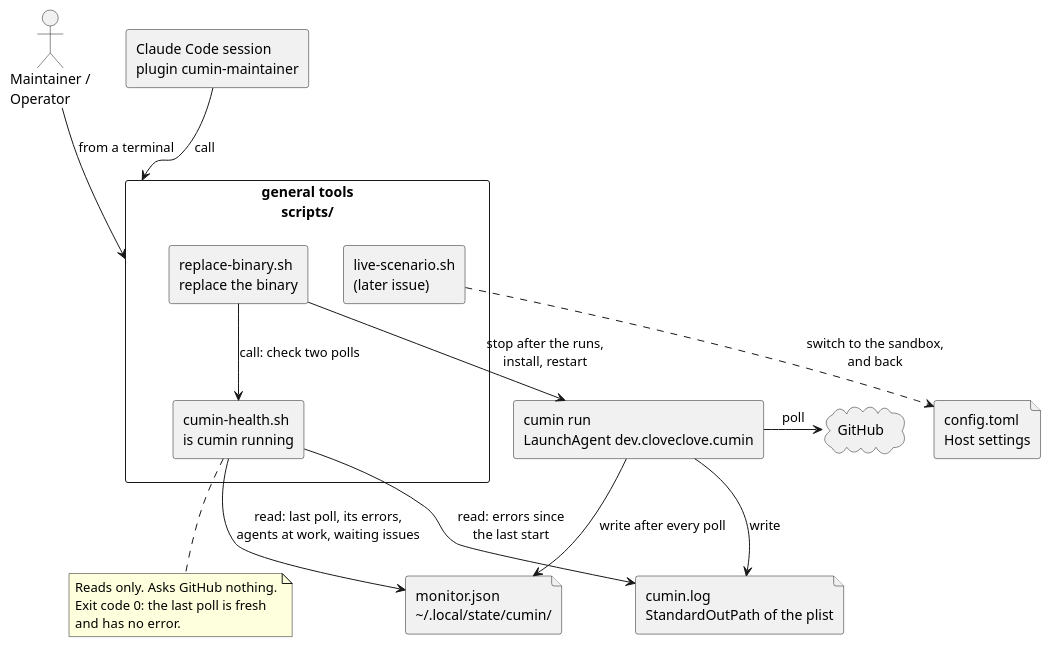
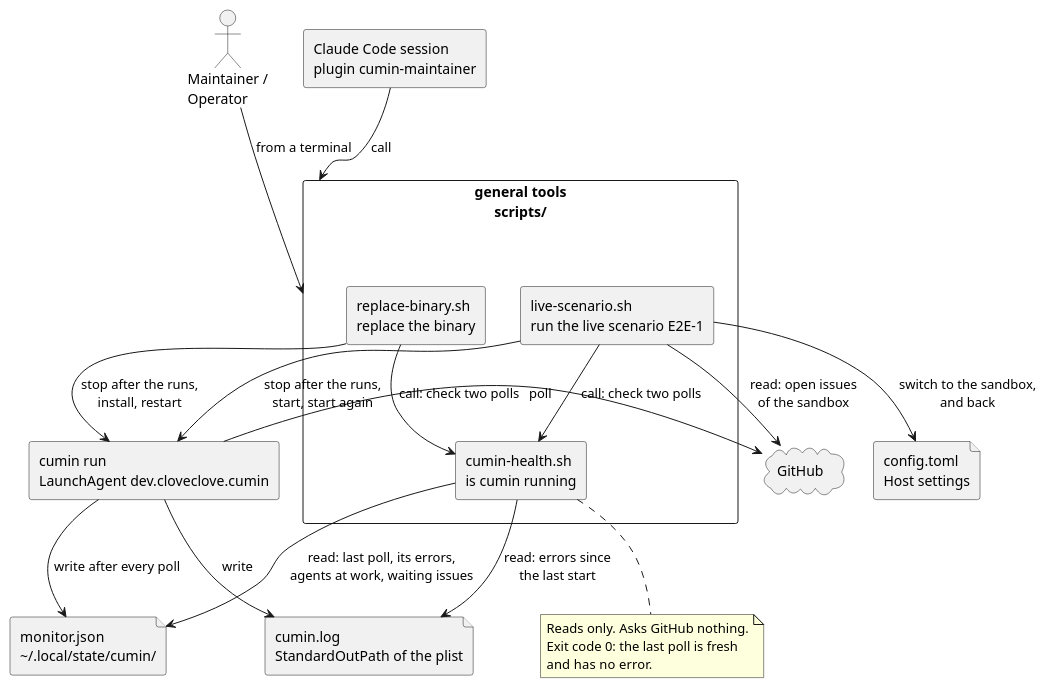
Before and after one commit to cloveclovedev/cumin-works: the diagram in docs/ja/guides/host-tools.puml, drawn with PlantUML. The commit also changed 8 other files, not shown here.

First line of the commit message:
feat(scripts): add the tool that runs the live scenario E2E-1 (#723)

```diff
--- a/docs/ja/guides/host-tools.puml
+++ b/docs/ja/guides/host-tools.puml
@@ -1,41 +1,44 @@
 @startuml host-tools
 ' cumin works - the general tools of the Host: who calls them, and what each one reads or changes.
 ' Document: host-tools.md, topic on what the general tools are.
 ' Render: run scripts/render-diagrams.sh at the root of the repository.
 skinparam shadowing false
 skinparam defaultFontName sans-serif
 
 actor "Maintainer /\nOperator" as person
 rectangle "Claude Code session\nplugin cumin-maintainer" as session
 
 rectangle "general tools\nscripts/" as tools {
   rectangle "cumin-health.sh\nis cumin running" as health
   rectangle "replace-binary.sh\nreplace the binary" as replace
-  rectangle "live-scenario.sh\n(later issue)" as live
+  rectangle "live-scenario.sh\nrun the live scenario E2E-1" as live
 }
 
 rectangle "cumin run\nLaunchAgent dev.cloveclove.cumin" as run
 file "monitor.json\n&#126;/.local/state/cumin/" as monitor
 file "cumin.log\nStandardOutPath of the plist" as log
 file "config.toml\nHost settings" as settings
 cloud "GitHub" as github
 
 person --> tools : from a terminal
 session --> tools : call
 
 run --> monitor : write after every poll
 run --> log : write
 run -right-> github : poll
 
 health --> monitor : read: last poll, its errors,\nagents at work, waiting issues
 health --> log : read: errors since\nthe last start
 replace --> run : stop after the runs,\ninstall, restart
 replace --> health : call: check two polls
-live ..> settings : switch to the sandbox,\nand back
+live --> run : stop after the runs,\nstart, start again
+live --> settings : switch to the sandbox,\nand back
+live --> health : call: check two polls
+live --> github : read: open issues\nof the sandbox
 
 note bottom of health
   Reads only. Asks GitHub nothing.
   Exit code 0: the last poll is fresh
   and has no error.
 end note
 @enduml
```
